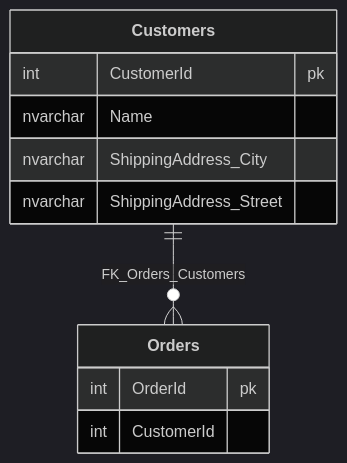
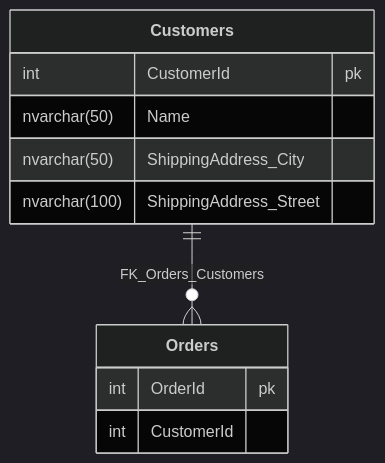
Before and after one commit to SimonCropp/DbToMermaid: the diagram in src/EfToMermaid.Tests/Tests.RenderMarkdown.verified.md, drawn with Mermaid (dark theme). The commit also changed 26 other files, not shown here.

````diff
--- a/src/EfToMermaid.Tests/Tests.RenderMarkdown.verified.md
+++ b/src/EfToMermaid.Tests/Tests.RenderMarkdown.verified.md
@@ -2,14 +2,14 @@
 ```mermaid
 erDiagram
   Customers["**Customers**"] {
     int CustomerId pk
-    nvarchar Name
-    nvarchar ShippingAddress_City
-    nvarchar ShippingAddress_Street
+    nvarchar(50) Name
+    nvarchar(50) ShippingAddress_City
+    nvarchar(100) ShippingAddress_Street
   }
   Orders["**Orders**"] {
     int OrderId pk
     int CustomerId
   }
   Customers ||--o{ Orders : "FK_Orders_Customers"
 ```
````
